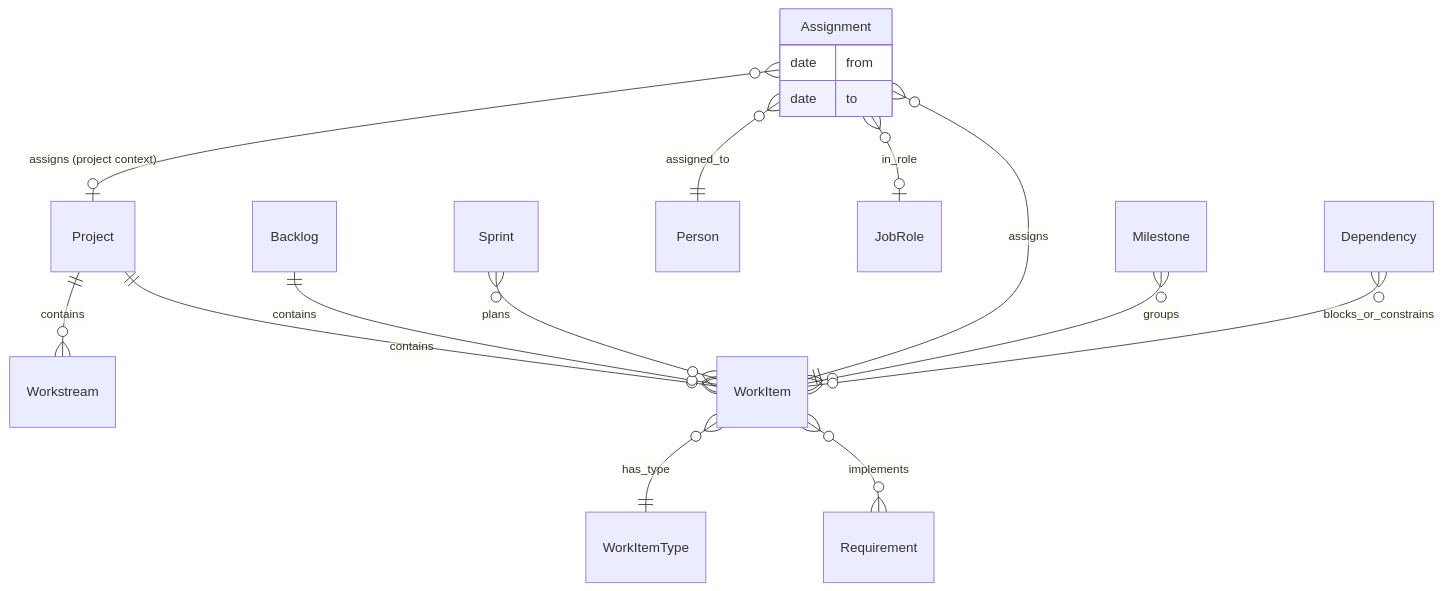
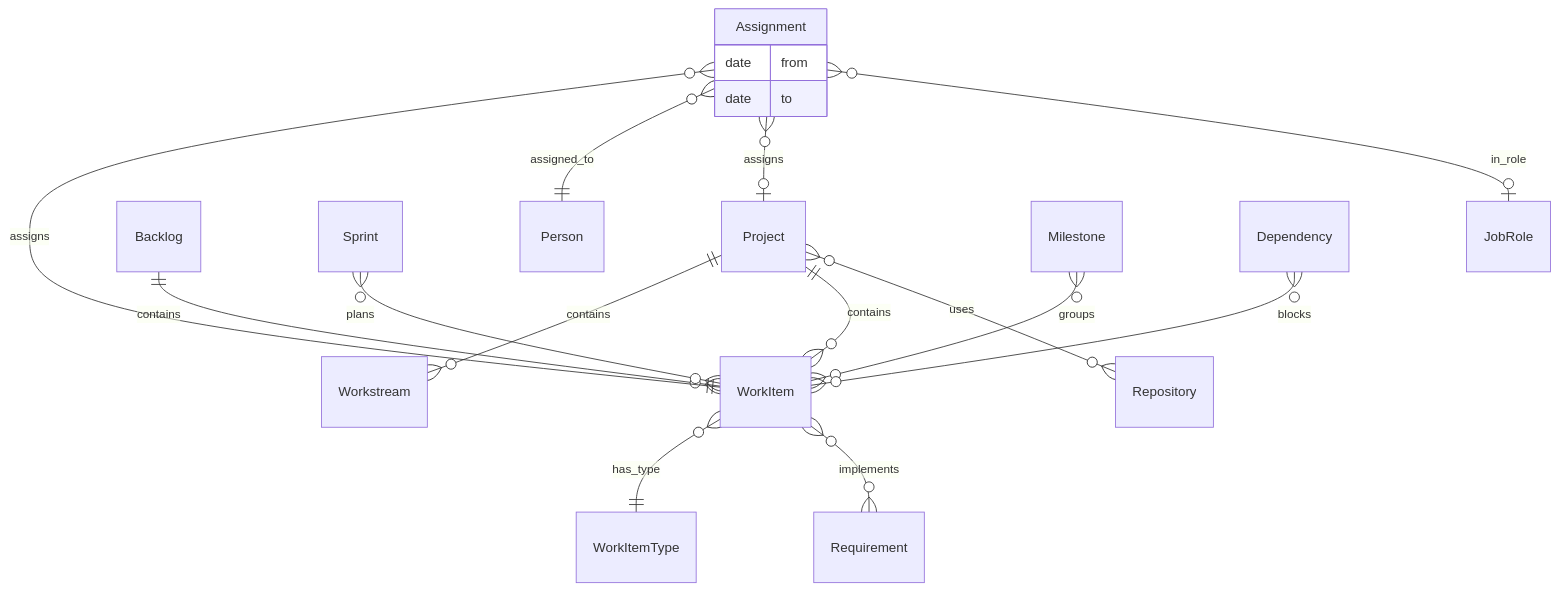
Before and after one commit to maxvydrin/vision: diagram 12 of 12 in SOFTWARE_ORGANIZATION_DOMAIN_MODEL.md, drawn with Mermaid. The commit also changed other lines of this file and 3 other files, not shown here.

````diff
--- a/SOFTWARE_ORGANIZATION_DOMAIN_MODEL.md
+++ b/SOFTWARE_ORGANIZATION_DOMAIN_MODEL.md
@@ -773,19 +812,20 @@
 ```mermaid
 erDiagram
     Project ||--o{ Workstream : "contains"
     Project ||--o{ WorkItem : "contains"
     Backlog ||--o{ WorkItem : "contains"
     Sprint }o--o{ WorkItem : "plans"
     WorkItem }o--|| WorkItemType : "has_type"
     Assignment }o--|| WorkItem : "assigns"
     Assignment }o--|| Person : "assigned_to"
-    Assignment }o--o| Project : "assigns (project context)"
+    Assignment }o--o| Project : "assigns"
     Assignment }o--o| JobRole : "in_role"
     Milestone }o--o{ WorkItem : "groups"
-    Dependency }o--o{ WorkItem : "blocks_or_constrains"
+    Dependency }o--o{ WorkItem : "blocks"
     WorkItem }o--o{ Requirement : "implements"
+    Project }o--o{ Repository : "uses"
     Assignment {
         date from
         date to
     }
 ```
````
